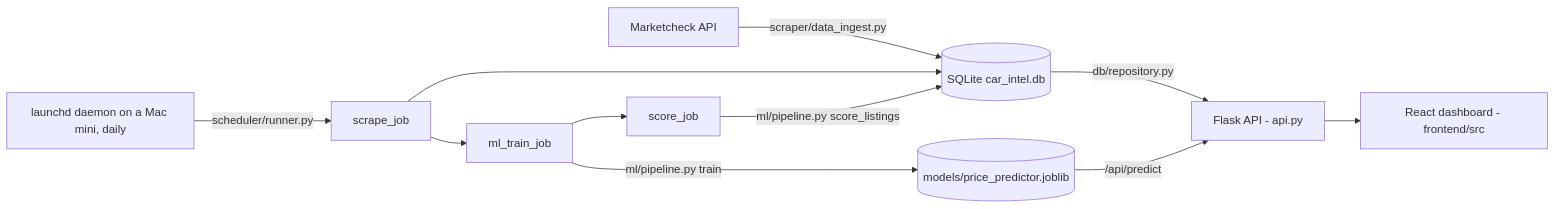
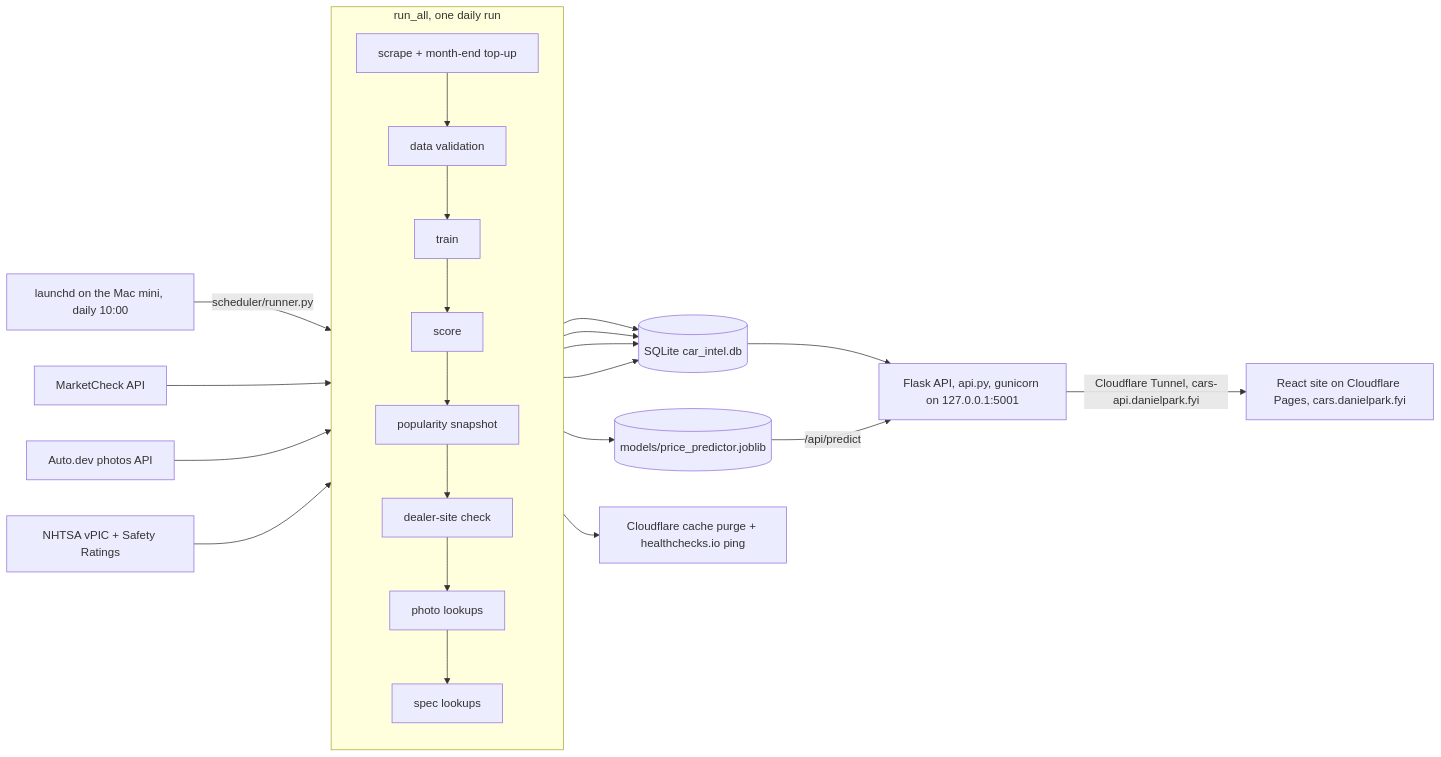
The diagram in README.md (dpark2380/car-price-predictor), drawn with Mermaid before and after one commit. The commit also changed other lines of this file, not shown here.

Commit message:
Bring the README up to date with the current architecture

````diff
--- a/README.md
+++ b/README.md
@@ -50,13 +50,19 @@
 ```mermaid
 flowchart LR
-    MC[Marketcheck API] -->|scraper/data_ingest.py| DB[(SQLite car_intel.db)]
-    LD[launchd daemon on a Mac mini, daily] -->|scheduler/runner.py| SCR
-    SCR[scrape_job] --> DB
-    SCR --> TRAIN[ml_train_job]
-    TRAIN -->|ml/pipeline.py train| MODEL[(models/price_predictor.joblib)]
-    TRAIN --> SCORE[score_job]
-    SCORE -->|ml/pipeline.py score_listings| DB
-    DB -->|db/repository.py| API[Flask API - api.py]
+    LD[launchd on the Mac mini, daily 10:00] -->|scheduler/runner.py| SCR
+    subgraph RUN[run_all, one daily run]
+        direction TB
+        SCR[scrape + month-end top-up] --> VAL[data validation] --> TRAIN[train] --> SCORE[score] --> POP[popularity snapshot]
+        POP --> DEAD[dealer-site check] --> PHO[photo lookups] --> SPEC[spec lookups]
+    end
+    MC[MarketCheck API] --> SCR
+    AD[Auto.dev photos API] --> PHO
+    NH[NHTSA vPIC + Safety Ratings] --> SPEC
+    SCR & PHO & SPEC --> DB[(SQLite car_intel.db)]
+    TRAIN --> MODEL[(models/price_predictor.joblib)]
+    SCORE --> DB
+    SPEC --> AFTER[Cloudflare cache purge + healthchecks.io ping]
+    DB --> API[Flask API, api.py, gunicorn on 127.0.0.1:5001]
     MODEL -->|/api/predict| API
-    API --> WEB[React dashboard - frontend/src]
+    API -->|Cloudflare Tunnel, cars-api.danielpark.fyi| WEB[React site on Cloudflare Pages, cars.danielpark.fyi]
 ```
````
